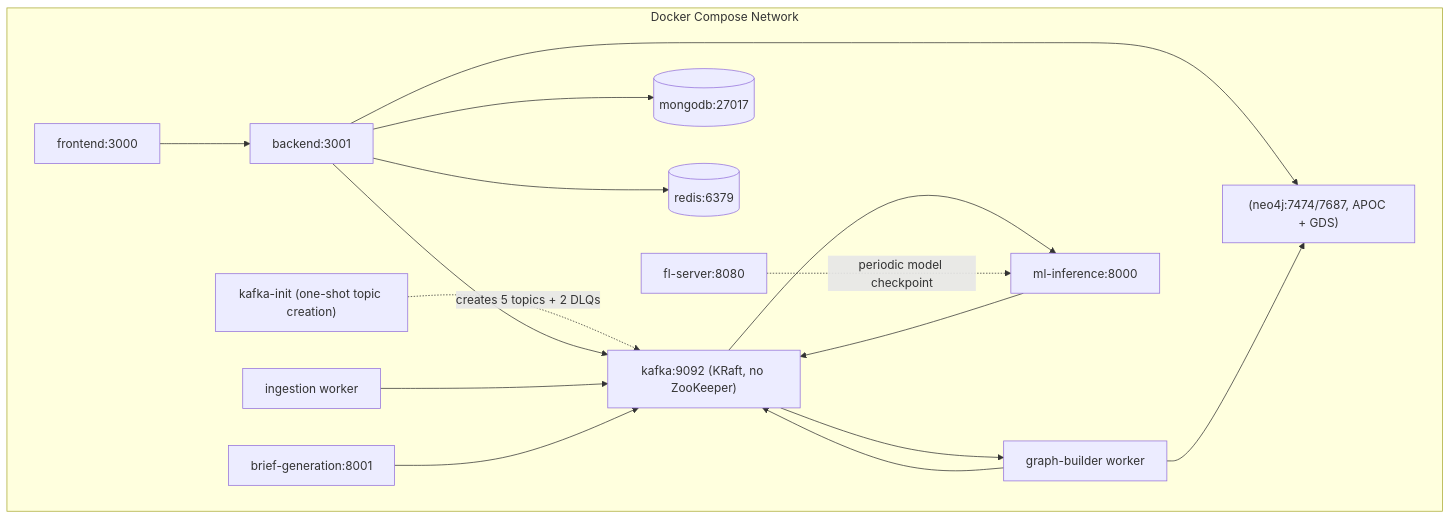
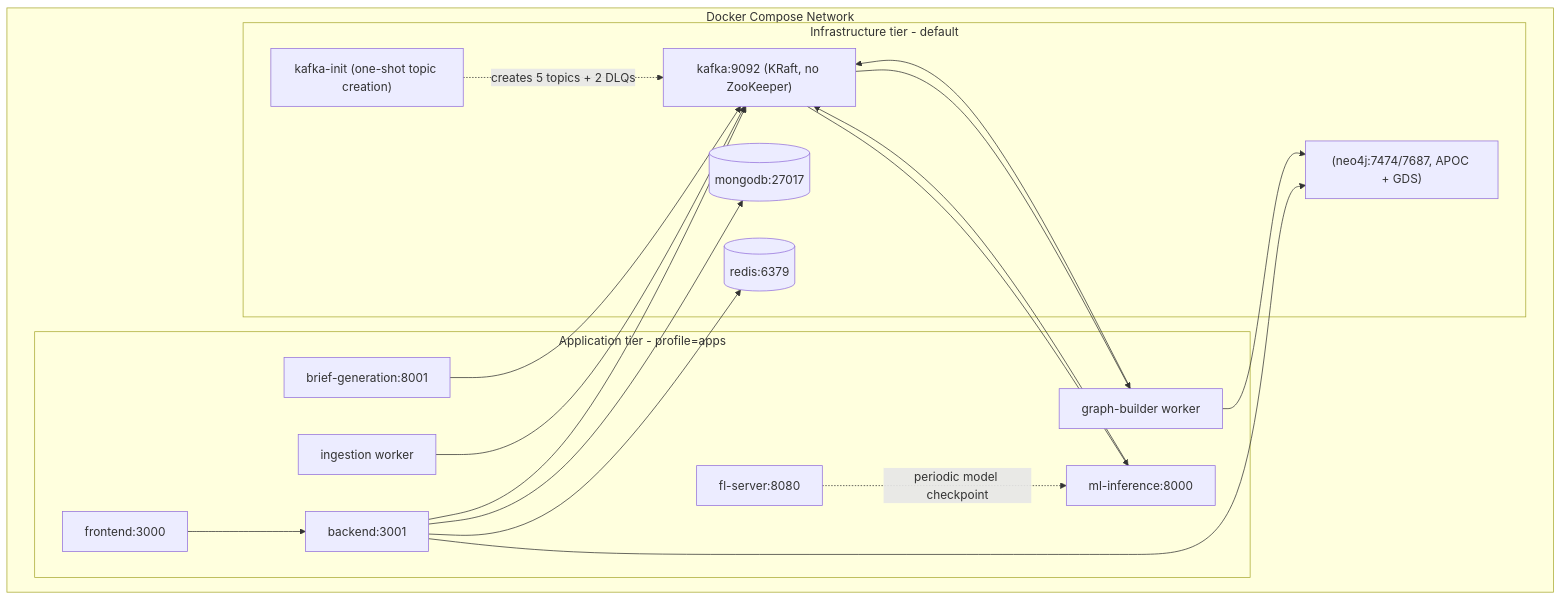
Before and after one commit to Anishreddy-gith/sentinelmesh: the third of 3 diagrams in docs/architecture.md, drawn with Mermaid. The commit also changed other lines of this file and 3 other files, not shown here.

````diff
--- a/docs/architecture.md
+++ b/docs/architecture.md
@@ -128,32 +133,36 @@
 ```mermaid
 flowchart TB
   subgraph DockerCompose[Docker Compose Network]
-    Frontend[frontend:3000]
-    Backend[backend:3001]
-    MLInfer[ml-inference:8000]
-    BriefGen[brief-generation:8001]
-    FLServer[fl-server:8080]
-    Kafka["kafka:9092 (KRaft, no ZooKeeper)"]
-    KafkaInit["kafka-init (one-shot topic creation)"]
-    Mongo[(mongodb:27017)]
-    Neo4j["(neo4j:7474/7687, APOC + GDS)"]
-    Redis[(redis:6379)]
-    Ingestion[ingestion worker]
-    GraphBuilder[graph-builder worker]
+    subgraph Infra[Infrastructure tier - default]
+      Kafka["kafka:9092 (KRaft, no ZooKeeper)"]
+      KafkaInit["kafka-init (one-shot topic creation)"]
+      Mongo[(mongodb:27017)]
+      Neo4j["(neo4j:7474/7687, APOC + GDS)"]
+      Redis[(redis:6379)]
+    end
+    subgraph Apps[Application tier - profile=apps]
+      Frontend[frontend:3000]
+      Backend[backend:3001]
+      MLInfer[ml-inference:8000]
+      BriefGen[brief-generation:8001]
+      FLServer[fl-server:8080]
+      Ingestion[ingestion worker]
+      GraphBuilder[graph-builder worker]
+    end
   end
 
   KafkaInit -. creates 5 topics + 2 DLQs .-> Kafka
   Frontend --> Backend
   Backend --> Mongo
   Backend --> Neo4j
   Backend --> Redis
   Backend --> Kafka
   Ingestion --> Kafka
   Kafka --> GraphBuilder
   GraphBuilder --> Neo4j
   GraphBuilder --> Kafka
   Kafka --> MLInfer
   MLInfer --> Kafka
   BriefGen --> Kafka
   FLServer -. periodic model checkpoint .-> MLInfer
 ```
````
